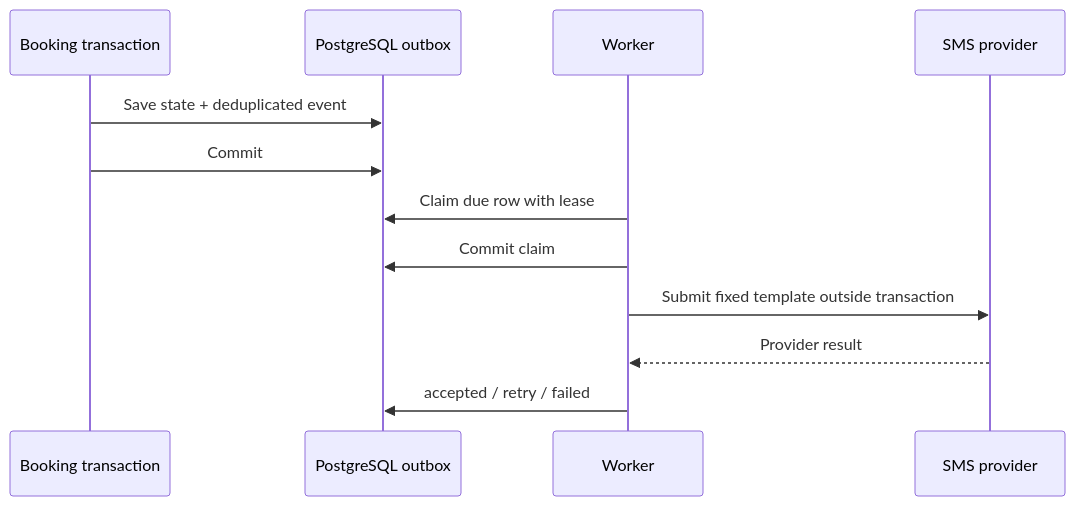
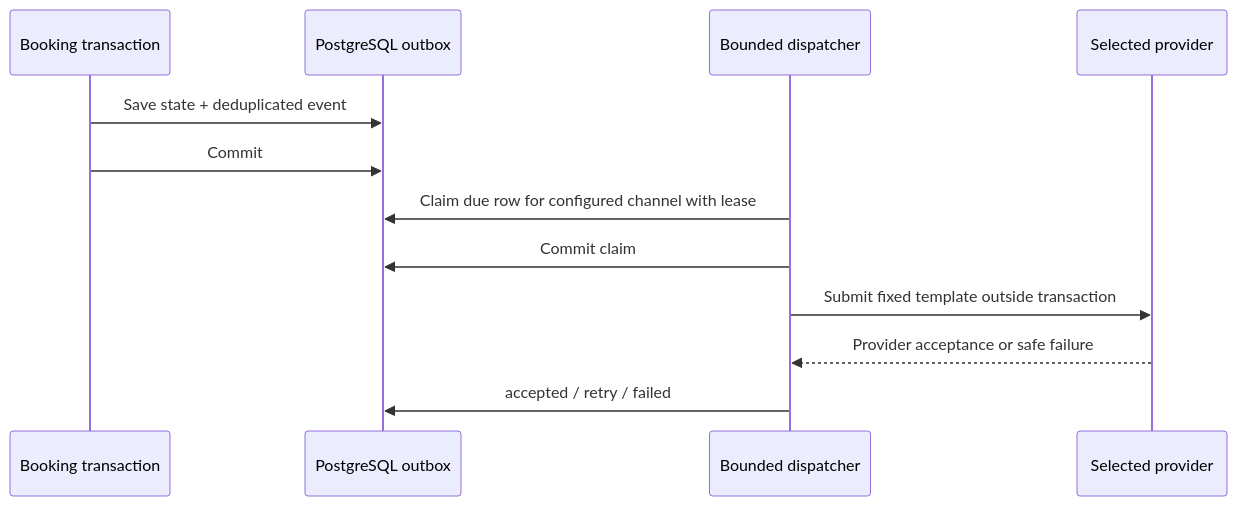
The third of 3 diagrams in docs/architecture.md (gloria-mbilinyi/safarismart-ai-concierge), drawn with Mermaid before and after one commit. The commit also changed other lines of this file and 6 other files, not shown here.

````diff
--- a/docs/architecture.md
+++ b/docs/architecture.md
@@ -117,14 +120,14 @@
 ```mermaid
 sequenceDiagram
     participant API as Booking transaction
     participant DB as PostgreSQL outbox
-    participant W as Worker
-    participant AT as SMS provider
+    participant D as Bounded dispatcher
+    participant P as Selected provider
     API->>DB: Save state + deduplicated event
     API->>DB: Commit
-    W->>DB: Claim due row with lease
-    W->>DB: Commit claim
-    W->>AT: Submit fixed template outside transaction
-    AT-->>W: Provider result
-    W->>DB: accepted / retry / failed
+    D->>DB: Claim due row for configured channel with lease
+    D->>DB: Commit claim
+    D->>P: Submit fixed template outside transaction
+    P-->>D: Provider acceptance or safe failure
+    D->>DB: accepted / retry / failed
 ```
````
